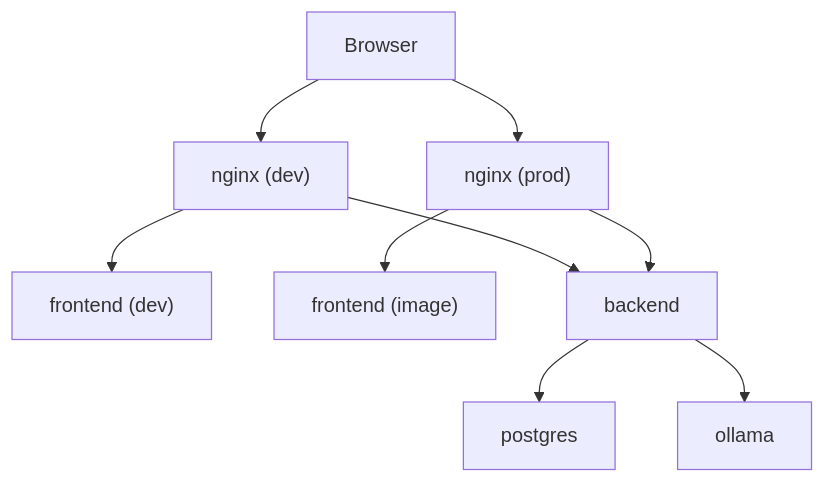
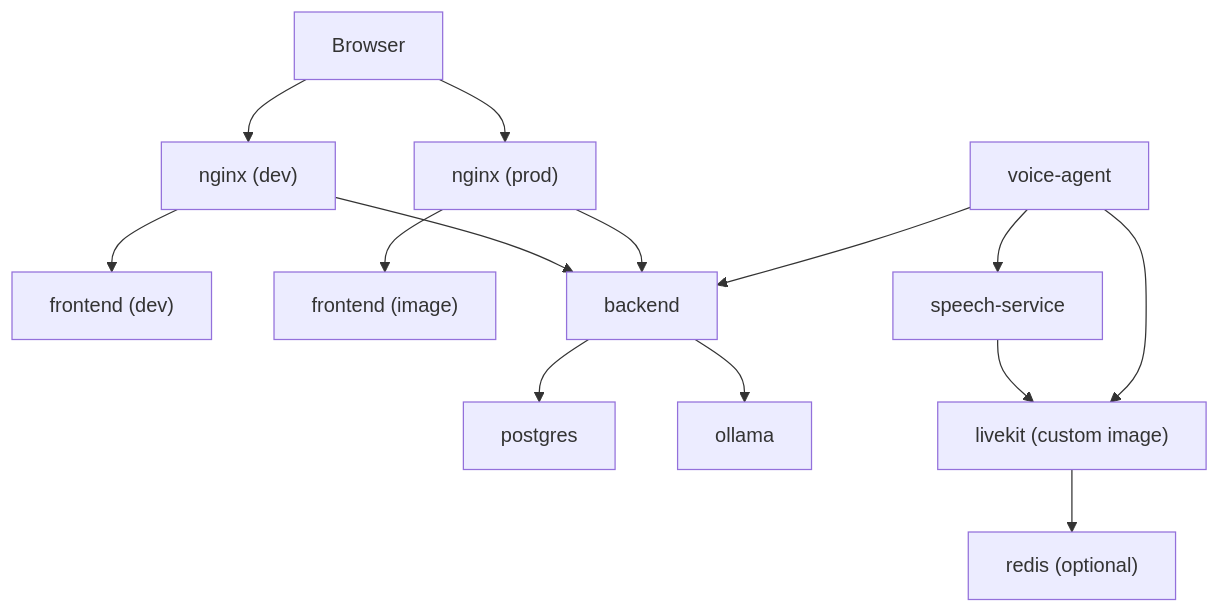
One commit to Revanththetalogics/aireume changed the second of 12 diagrams in .qoder/repowiki/en/content/Deployment & DevOps/Docker Configuration.md. Above: the diagram before and after it, drawn with Mermaid. The commit also changed other lines of this file and 39 other files, not shown here.

````diff
--- a/.qoder/repowiki/en/content/Deployment & DevOps/Docker Configuration.md
+++ b/.qoder/repowiki/en/content/Deployment & DevOps/Docker Configuration.md
@@ -134,19 +186,28 @@
 ```mermaid
 graph TB
 Browser["Browser"]
 NginxDev["nginx (dev)"]
 NginxProd["nginx (prod)"]
 FrontendDev["frontend (dev)"]
 FrontendProd["frontend (image)"]
 Backend["backend"]
 Postgres["postgres"]
 Ollama["ollama"]
+SpeechService["speech-service"]
+VoiceAgent["voice-agent"]
+LiveKit["livekit (custom image)"]
+Redis["redis (optional)"]
 Browser --> NginxDev
 Browser --> NginxProd
 NginxDev --> FrontendDev
 NginxDev --> Backend
 NginxProd --> FrontendProd
 NginxProd --> Backend
 Backend --> Postgres
 Backend --> Ollama
+SpeechService --> LiveKit
+VoiceAgent --> LiveKit
+VoiceAgent --> SpeechService
+VoiceAgent --> Backend
+LiveKit --> Redis
 ```
````
